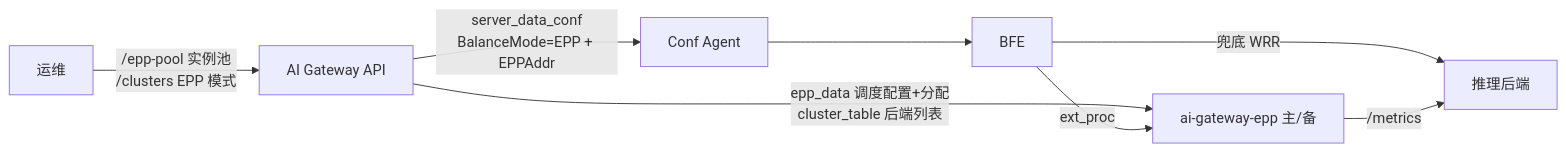
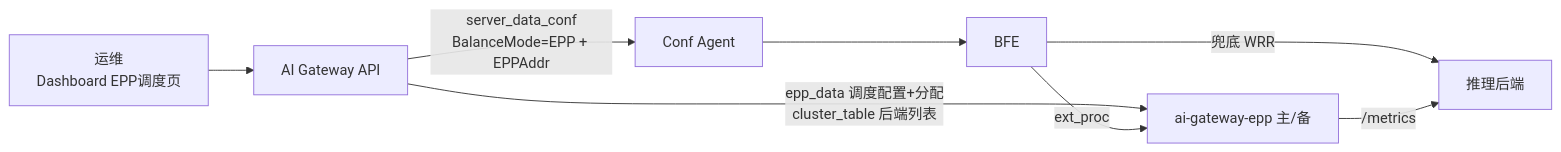
Before and after one commit to mileszhang2016/rainway-book: the first of 2 diagrams in operation/chapter26-epp-scheduling-operation.md, drawn with Mermaid. The commit also changed other lines of this file and 23 other files, not shown here.

````diff
--- a/operation/chapter26-epp-scheduling-operation.md
+++ b/operation/chapter26-epp-scheduling-operation.md
@@ -45,10 +45,10 @@
 ```mermaid
 flowchart LR
-    OP[运维] -->|/epp-pool 实例池<br/>/clusters EPP 模式| API[AI Gateway API]
+    OP[运维<br/>Dashboard EPP调度页] --> API[AI Gateway API]
     API -->|server_data_conf<br/>BalanceMode=EPP + EPPAddr| CA[Conf Agent]
     CA --> BFE[BFE]
     API -->|epp_data 调度配置+分配<br/>cluster_table 后端列表| EPP[ai-gateway-epp 主/备]
     BFE -->|ext_proc| EPP
     BFE -->|兜底 WRR| RS[推理后端]
     EPP -->|/metrics| RS
 ```
````
